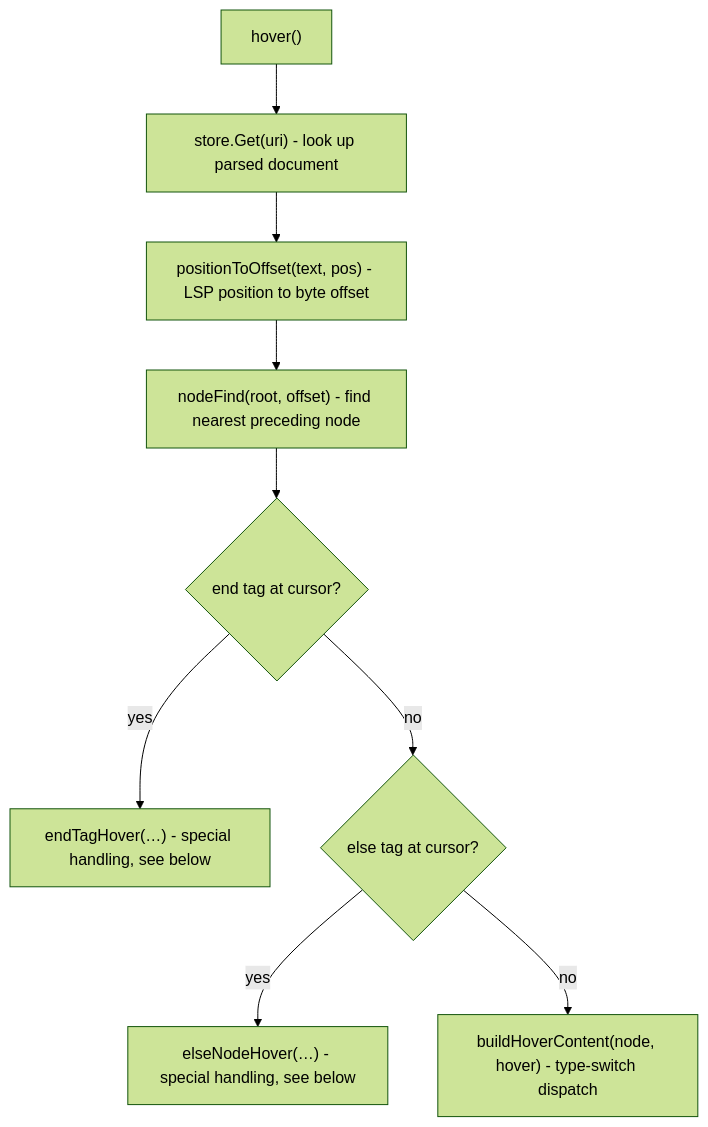
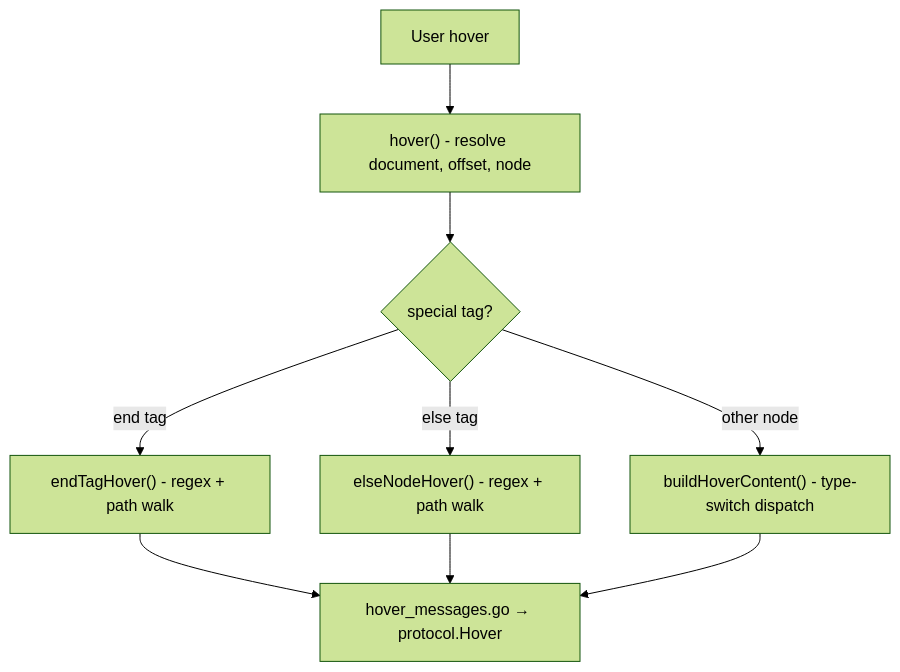
The diagram in docs/features/hover.md (allseas/go-template-lsp), drawn with Mermaid (forest theme) before and after one commit. The commit also changed other lines of this file and 6 other files, not shown here.

Commit message:
docs: simplified the flowcharts

````diff
--- a/docs/features/hover.md
+++ b/docs/features/hover.md
@@ -54,11 +30,9 @@
 ```mermaid
 flowchart TD
-    A["hover()"] --> B["store.Get(uri) - look up parsed document"]
-    B --> C["positionToOffset(text, pos) - LSP position to byte offset"]
-    C --> D["nodeFind(root, offset) - find nearest preceding node"]
-    D --> E{"end tag at cursor?"}
-    E -->|yes| F["endTagHover(…) - special handling, see below"]
-    E -->|no| G{"else tag at cursor?"}
-    G -->|yes| H["elseNodeHover(…) - special handling, see below"]
-    G -->|no| I["buildHoverContent(node, hover) - type-switch dispatch"]
+    A[User hover] --> B["hover() - resolve document, offset, node"]
+    B --> C{"special tag?"}
+    C -->|end tag| D["endTagHover() - regex + path walk"]
+    C -->|else tag| E["elseNodeHover() - regex + path walk"]
+    C -->|other node| F["buildHoverContent() - type-switch dispatch"]
+    D & E & F --> G["hover_messages.go → protocol.Hover"]
 ```
````
